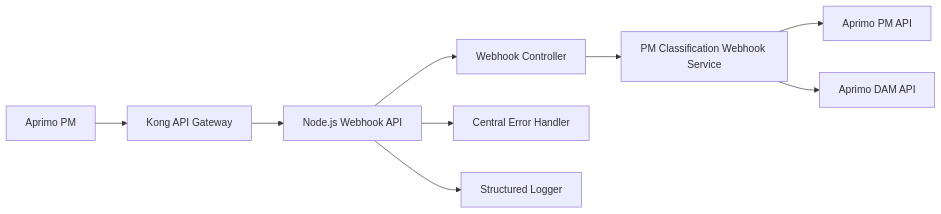
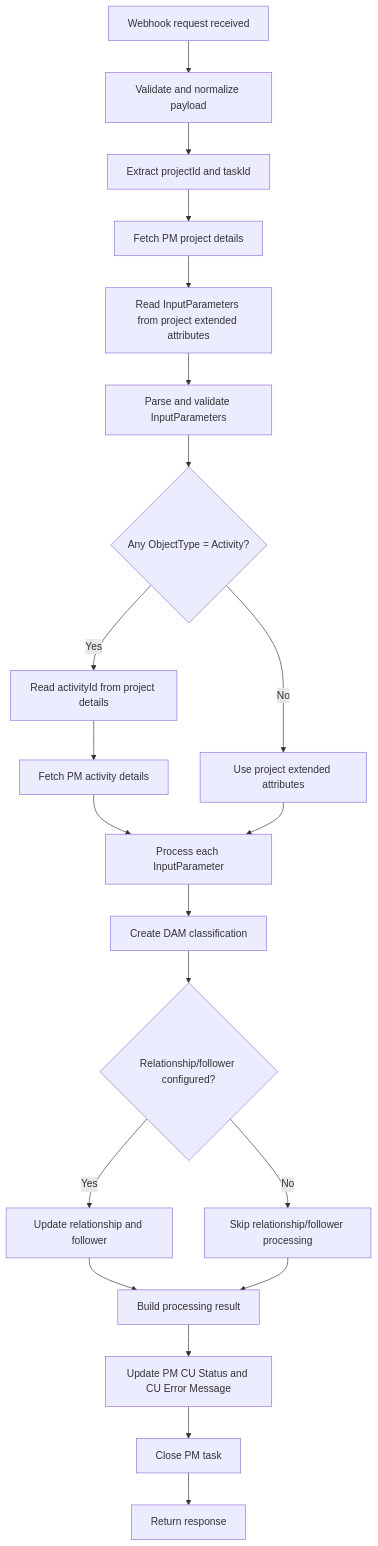
The diagram in test.md (nextshubham/tcsdsa), drawn with Mermaid before and after one commit. The commit also changed other lines of this file, not shown here.

````diff
--- a/test.md
+++ b/test.md
@@ -74,11 +191,23 @@
 ```mermaid
-flowchart LR
-  A["Aprimo PM"] --> B["Kong API Gateway"]
-  B --> C["Node.js Webhook API"]
-  C --> D["Webhook Controller"]
-  D --> E["PM Classification Webhook Service"]
-  E --> F["Aprimo PM API"]
-  E --> G["Aprimo DAM API"]
-  C --> H["Central Error Handler"]
-  C --> I["Structured Logger"]
+flowchart TD
+  A["Webhook request received"] --> B["Validate and normalize payload"]
+  B --> C["Extract projectId and taskId"]
+  C --> D["Fetch PM project details"]
+  D --> E["Read InputParameters from project extended attributes"]
+  E --> F["Parse and validate InputParameters"]
+  F --> G{"Any ObjectType = Activity?"}
+  G -->|"Yes"| H["Read activityId from project details"]
+  H --> I["Fetch PM activity details"]
+  G -->|"No"| J["Use project extended attributes"]
+  I --> K["Process each InputParameter"]
+  J --> K
+  K --> L["Create DAM classification"]
+  L --> M{"Relationship/follower configured?"}
+  M -->|"Yes"| N["Update relationship and follower"]
+  M -->|"No"| O["Skip relationship/follower processing"]
+  N --> P["Build processing result"]
+  O --> P
+  P --> Q["Update PM CU Status and CU Error Message"]
+  Q --> R["Close PM task"]
+  R --> S["Return response"]
 ```
````
